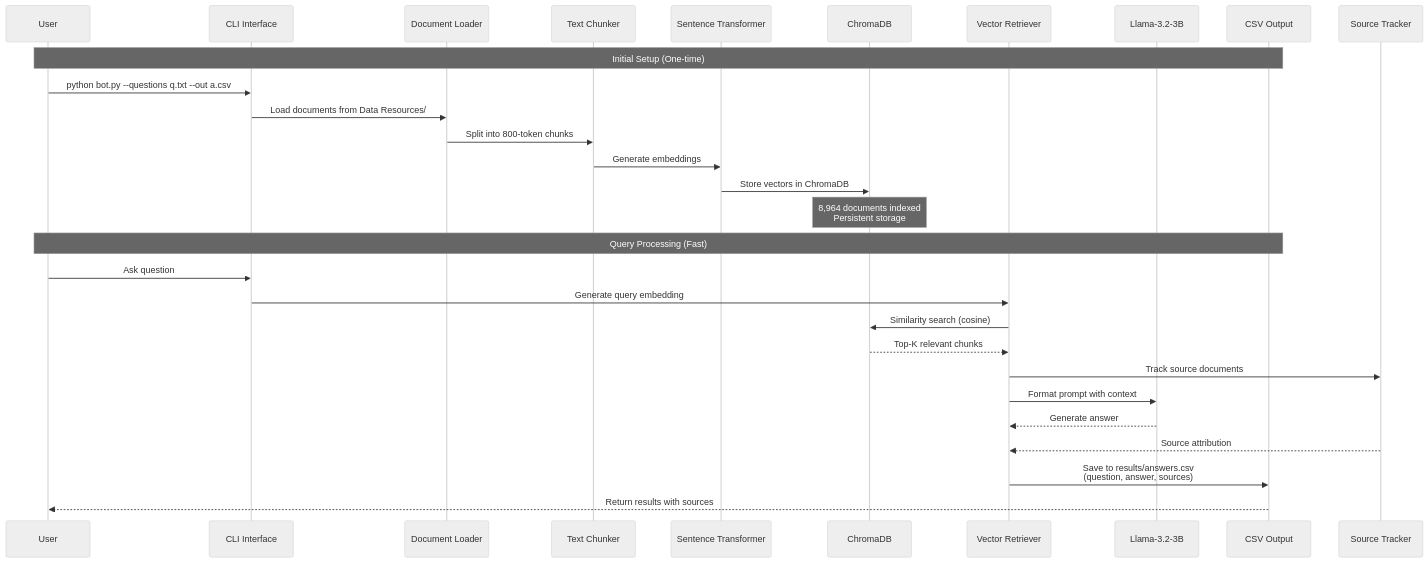
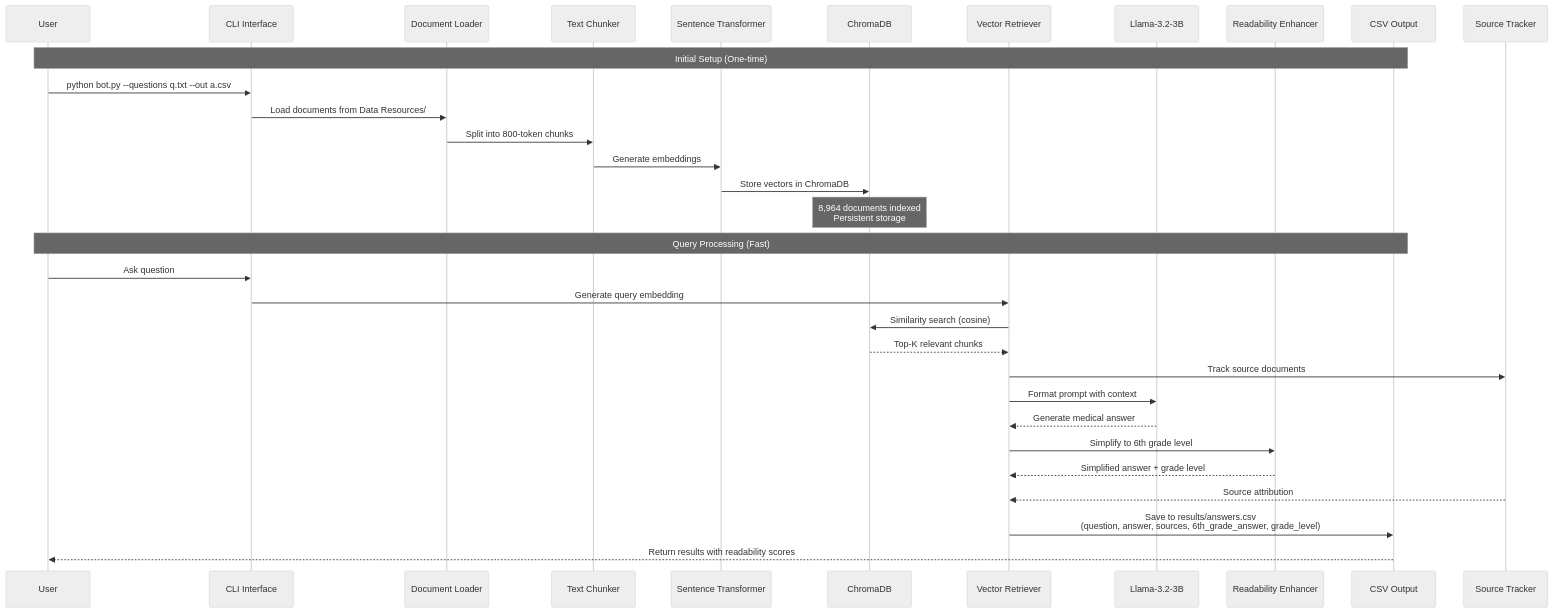
One commit to uclamii/CGT-LLM-Beta changed the second of 2 diagrams in README.md. Above: the diagram before and after it, drawn with Mermaid (neutral theme). The commit also changed other lines of this file and 102 other files, not shown here.

````diff
--- a/README.md
+++ b/README.md
@@ -299,33 +331,36 @@
 ```mermaid
 sequenceDiagram
     participant User
     participant CLI as CLI Interface
     participant Loader as Document Loader
     participant Chunker as Text Chunker
     participant Embedder as Sentence Transformer
     participant DB as ChromaDB
     participant Retriever as Vector Retriever
     participant LLM as Llama-3.2-3B
+    participant Readability as Readability Enhancer
     participant Output as CSV Output
     participant Sources as Source Tracker
     
     Note over User,Output: Initial Setup (One-time)
     User->>CLI: python bot.py --questions q.txt --out a.csv
     CLI->>Loader: Load documents from Data Resources/
     Loader->>Chunker: Split into 800-token chunks
     Chunker->>Embedder: Generate embeddings
     Embedder->>DB: Store vectors in ChromaDB
     Note over DB: 8,964 documents indexed<br/>Persistent storage
     
     Note over User,Output: Query Processing (Fast)
     User->>CLI: Ask question
     CLI->>Retriever: Generate query embedding
     Retriever->>DB: Similarity search (cosine)
     DB-->>Retriever: Top-K relevant chunks
     Retriever->>Sources: Track source documents
     Retriever->>LLM: Format prompt with context
-    LLM-->>Retriever: Generate answer
+    LLM-->>Retriever: Generate medical answer
+    Retriever->>Readability: Simplify to 6th grade level
+    Readability-->>Retriever: Simplified answer + grade level
     Sources-->>Retriever: Source attribution
-    Retriever->>Output: Save to results/answers.csv<br/>(question, answer, sources)
-    Output-->>User: Return results with sources
+    Retriever->>Output: Save to results/answers.csv<br/>(question, answer, sources, 6th_grade_answer, grade_level)
+    Output-->>User: Return results with readability scores
 ```
````
